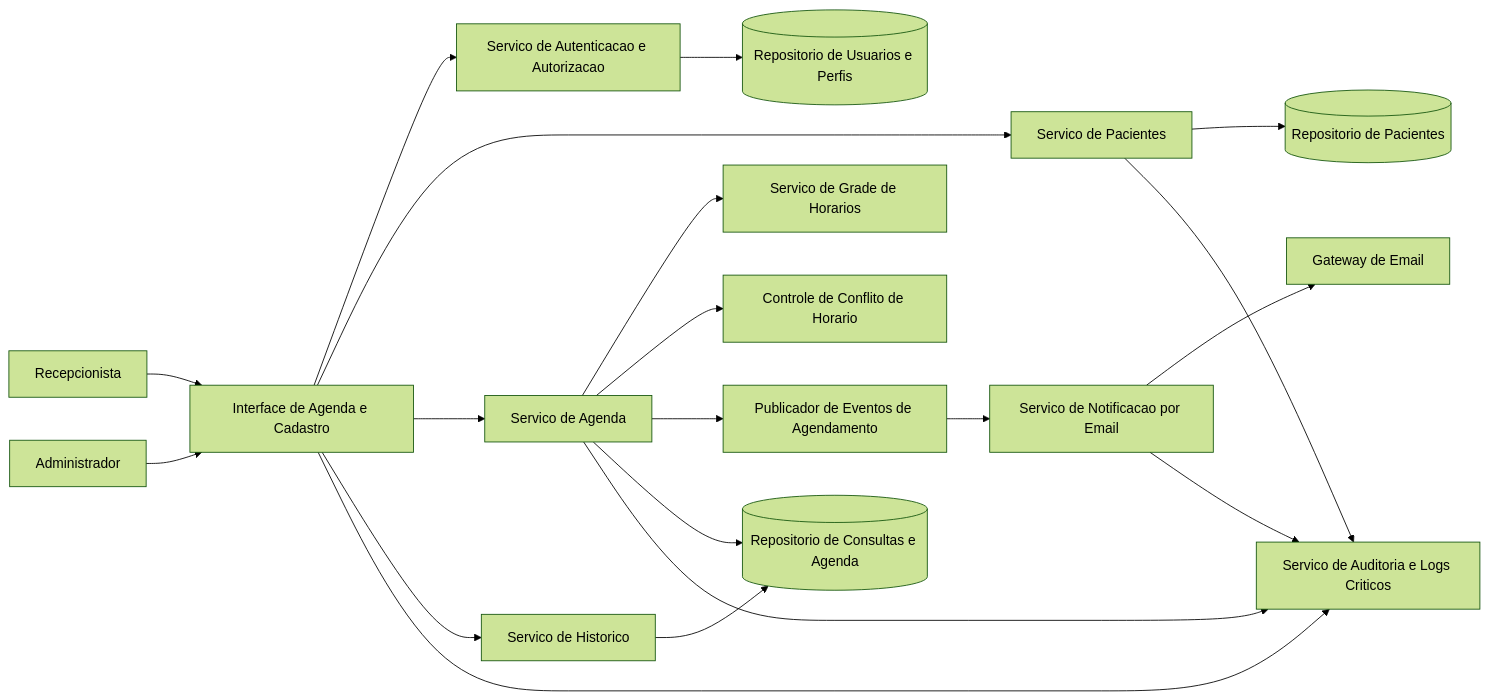
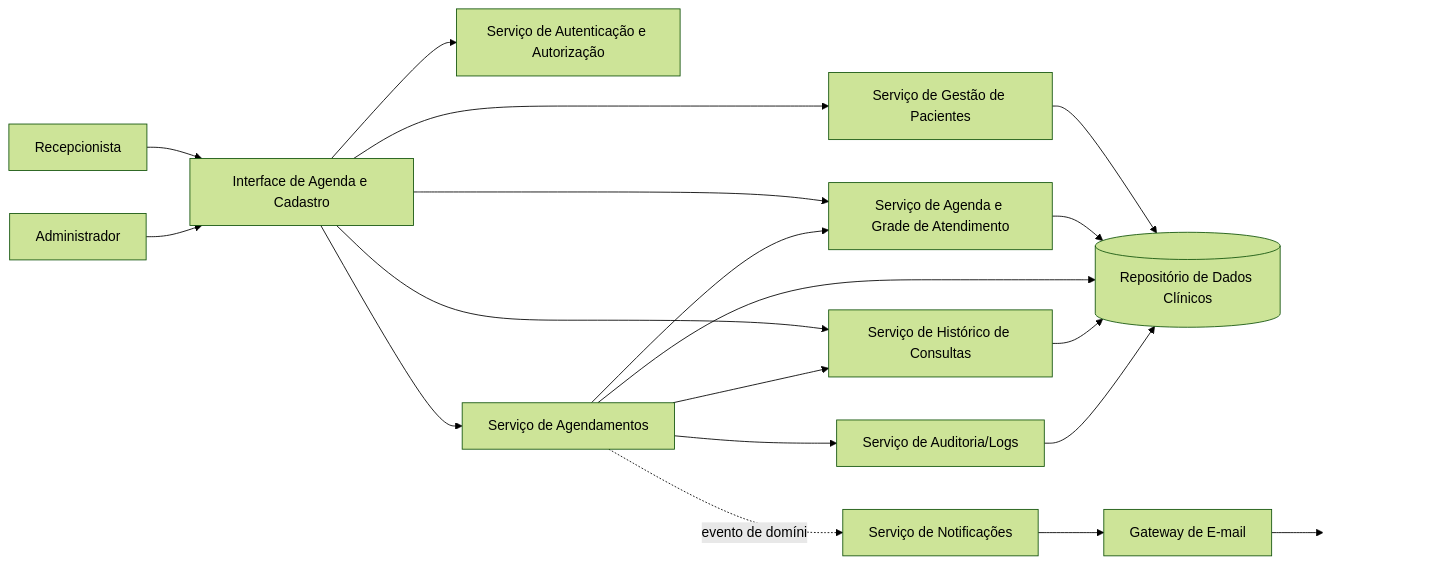
One commit to PDC-ESIA/AI4ES changed the first of 3 diagrams in docs/Time_2_Design/analise-qualitativa/outputs/relatorio_gpt_5_3_codex_P02.md. Above: the diagram before and after it, drawn with Mermaid (forest theme). The commit also changed other lines of this file and 107 other files, not shown here.

````diff
--- a/docs/Time_2_Design/analise-qualitativa/outputs/relatorio_gpt_5_3_codex_P02.md
+++ b/docs/Time_2_Design/analise-qualitativa/outputs/relatorio_gpt_5_3_codex_P02.md
@@ -37,27 +45,27 @@
 ```mermaid
 flowchart LR
-    U1[Recepcionista] --> UI[Interface de Agenda e Cadastro]
-    U2[Administrador] --> UI
+    R[Recepcionista] --> UI[Interface de Agenda e Cadastro]
+    A[Administrador] --> UI
+    P[Paciente]:::ghost
 
-    UI --> AUTH[Servico de Autenticacao e Autorizacao]
-    UI --> PAC[Servico de Pacientes]
-    UI --> AGD[Servico de Agenda]
-    UI --> HIS[Servico de Historico]
+    UI --> AUTH[Serviço de Autenticação e Autorização]
+    UI --> PAC[Serviço de Gestão de Pacientes]
+    UI --> AGD[Serviço de Agenda e Grade de Atendimento]
+    UI --> AGN[Serviço de Agendamentos]
+    UI --> HIS[Serviço de Histórico de Consultas]
 
-    AGD --> GRADE[Servico de Grade de Horarios]
-    AGD --> CONC[Controle de Conflito de Horario]
-    AGD --> EVT[Publicador de Eventos de Agendamento]
+    AGN --> AGD
+    AGN --> HIS
+    AGN --> AUD[Serviço de Auditoria/Logs]
+    PAC --> DADOS[(Repositório de Dados Clínicos)]
+    AGD --> DADOS
+    AGN --> DADOS
+    HIS --> DADOS
+    AUD --> DADOS
 
-    EVT --> NOTIF[Servico de Notificacao por Email]
-    NOTIF --> MAILGW[Gateway de Email]
+    AGN -.evento de domínio.-> NOTIF[Serviço de Notificações]
+    NOTIF --> MAIL[Gateway de E-mail]
+    MAIL --> P
 
-    PAC --> REPP[(Repositorio de Pacientes)]
-    AGD --> REPA[(Repositorio de Consultas e Agenda)]
-    HIS --> REPA
-
-    AUTH --> REPU[(Repositorio de Usuarios e Perfis)]
-    UI --> AUD[Servico de Auditoria e Logs Criticos]
-    AGD --> AUD
-    PAC --> AUD
-    NOTIF --> AUD
+    classDef ghost fill:#fff,stroke:#fff,color:#fff;
 ```
````
